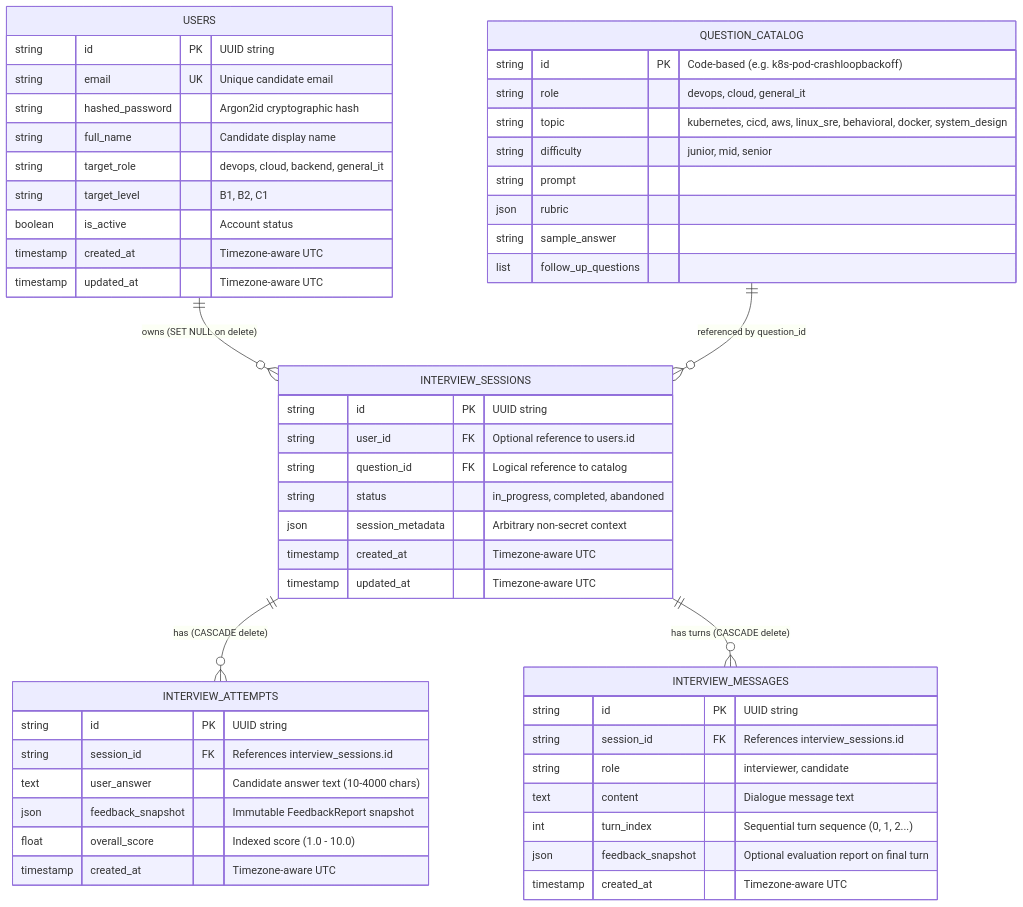
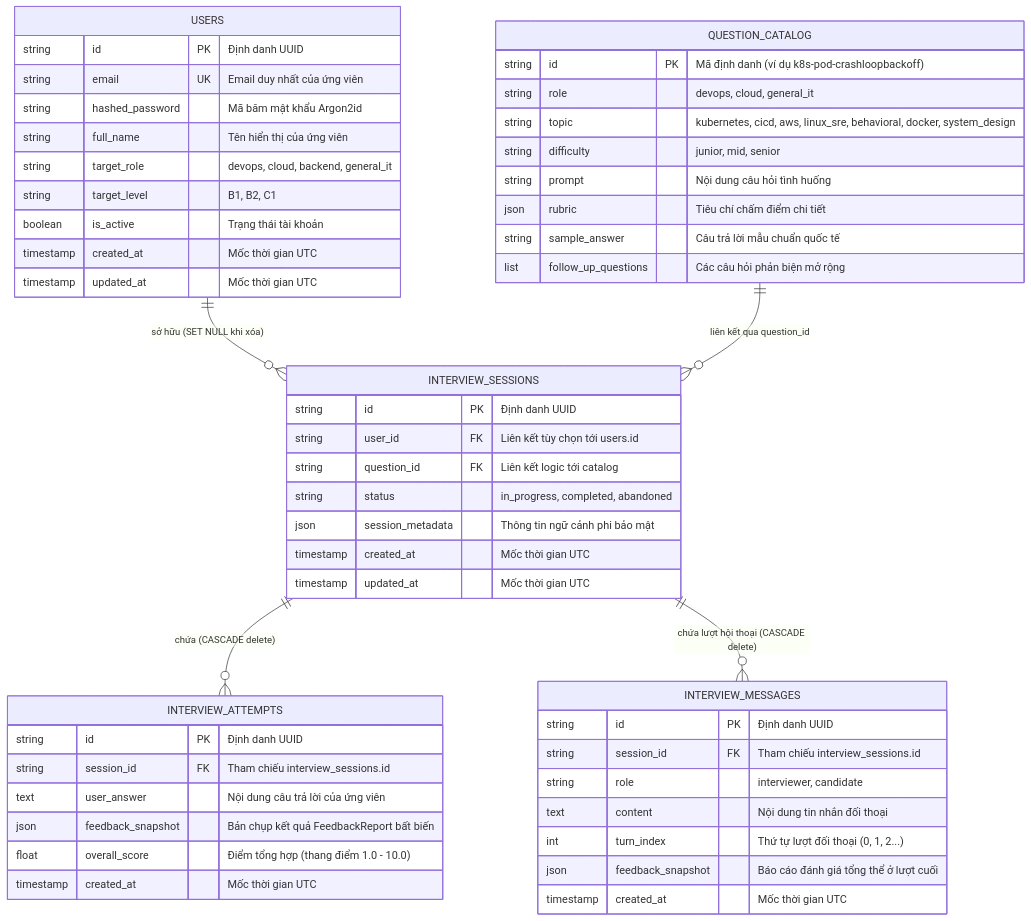
One commit to nguyenlpn2015/DevSpeak-AI changed the second of 3 diagrams in docs/ARCHITECTURE.md. Above: the diagram before and after it, drawn with Mermaid. The commit also changed other lines of this file and 19 other files, not shown here.

````diff
--- a/docs/ARCHITECTURE.md
+++ b/docs/ARCHITECTURE.md
@@ -114,59 +113,59 @@
 ```mermaid
 erDiagram
-    USERS ||--o{ INTERVIEW_SESSIONS : "owns (SET NULL on delete)"
-    QUESTION_CATALOG ||--o{ INTERVIEW_SESSIONS : "referenced by question_id"
-    INTERVIEW_SESSIONS ||--o{ INTERVIEW_ATTEMPTS : "has (CASCADE delete)"
-    INTERVIEW_SESSIONS ||--o{ INTERVIEW_MESSAGES : "has turns (CASCADE delete)"
+    USERS ||--o{ INTERVIEW_SESSIONS : "sở hữu (SET NULL khi xóa)"
+    QUESTION_CATALOG ||--o{ INTERVIEW_SESSIONS : "liên kết qua question_id"
+    INTERVIEW_SESSIONS ||--o{ INTERVIEW_ATTEMPTS : "chứa (CASCADE delete)"
+    INTERVIEW_SESSIONS ||--o{ INTERVIEW_MESSAGES : "chứa lượt hội thoại (CASCADE delete)"
 
     USERS {
-        string id PK "UUID string"
-        string email UK "Unique candidate email"
-        string hashed_password "Argon2id cryptographic hash"
-        string full_name "Candidate display name"
+        string id PK "Định danh UUID"
+        string email UK "Email duy nhất của ứng viên"
+        string hashed_password "Mã băm mật khẩu Argon2id"
+        string full_name "Tên hiển thị của ứng viên"
         string target_role "devops, cloud, backend, general_it"
         string target_level "B1, B2, C1"
-        boolean is_active "Account status"
-        timestamp created_at "Timezone-aware UTC"
-        timestamp updated_at "Timezone-aware UTC"
+        boolean is_active "Trạng thái tài khoản"
+        timestamp created_at "Mốc thời gian UTC"
+        timestamp updated_at "Mốc thời gian UTC"
     }
 
     QUESTION_CATALOG {
-        string id PK "Code-based (e.g. k8s-pod-crashloopbackoff)"
+        string id PK "Mã định danh (ví dụ k8s-pod-crashloopbackoff)"
         string role "devops, cloud, general_it"
         string topic "kubernetes, cicd, aws, linux_sre, behavioral, docker, system_design"
         string difficulty "junior, mid, senior"
-        string prompt
-        json rubric
-        string sample_answer
-        list follow_up_questions
+        string prompt "Nội dung câu hỏi tình huống"
+        json rubric "Tiêu chí chấm điểm chi tiết"
+        string sample_answer "Câu trả lời mẫu chuẩn quốc tế"
+        list follow_up_questions "Các câu hỏi phản biện mở rộng"
     }
 
     INTERVIEW_SESSIONS {
-        string id PK "UUID string"
-        string user_id FK "Optional reference to users.id"
-        string question_id FK "Logical reference to catalog"
+        string id PK "Định danh UUID"
+        string user_id FK "Liên kết tùy chọn tới users.id"
+        string question_id FK "Liên kết logic tới catalog"
         string status "in_progress, completed, abandoned"
-        json session_metadata "Arbitrary non-secret context"
-        timestamp created_at "Timezone-aware UTC"
-        timestamp updated_at "Timezone-aware UTC"
+        json session_metadata "Thông tin ngữ cảnh phi bảo mật"
+        timestamp created_at "Mốc thời gian UTC"
+        timestamp updated_at "Mốc thời gian UTC"
     }
 
     INTERVIEW_ATTEMPTS {
-        string id PK "UUID string"
-        string session_id FK "References interview_sessions.id"
-        text user_answer "Candidate answer text (10-4000 chars)"
-        json feedback_snapshot "Immutable FeedbackReport snapshot"
-        float overall_score "Indexed score (1.0 - 10.0)"
-        timestamp created_at "Timezone-aware UTC"
+        string id PK "Định danh UUID"
+        string session_id FK "Tham chiếu interview_sessions.id"
+        text user_answer "Nội dung câu trả lời của ứng viên"
+        json feedback_snapshot "Bản chụp kết quả FeedbackReport bất biến"
+        float overall_score "Điểm tổng hợp (thang điểm 1.0 - 10.0)"
+        timestamp created_at "Mốc thời gian UTC"
     }
 
     INTERVIEW_MESSAGES {
-        string id PK "UUID string"
-        string session_id FK "References interview_sessions.id"
+        string id PK "Định danh UUID"
+        string session_id FK "Tham chiếu interview_sessions.id"
         string role "interviewer, candidate"
-        text content "Dialogue message text"
-        int turn_index "Sequential turn sequence (0, 1, 2...)"
-        json feedback_snapshot "Optional evaluation report on final turn"
-        timestamp created_at "Timezone-aware UTC"
+        text content "Nội dung tin nhắn đối thoại"
+        int turn_index "Thứ tự lượt đối thoại (0, 1, 2...)"
+        json feedback_snapshot "Báo cáo đánh giá tổng thể ở lượt cuối"
+        timestamp created_at "Mốc thời gian UTC"
     }
 ```
````
